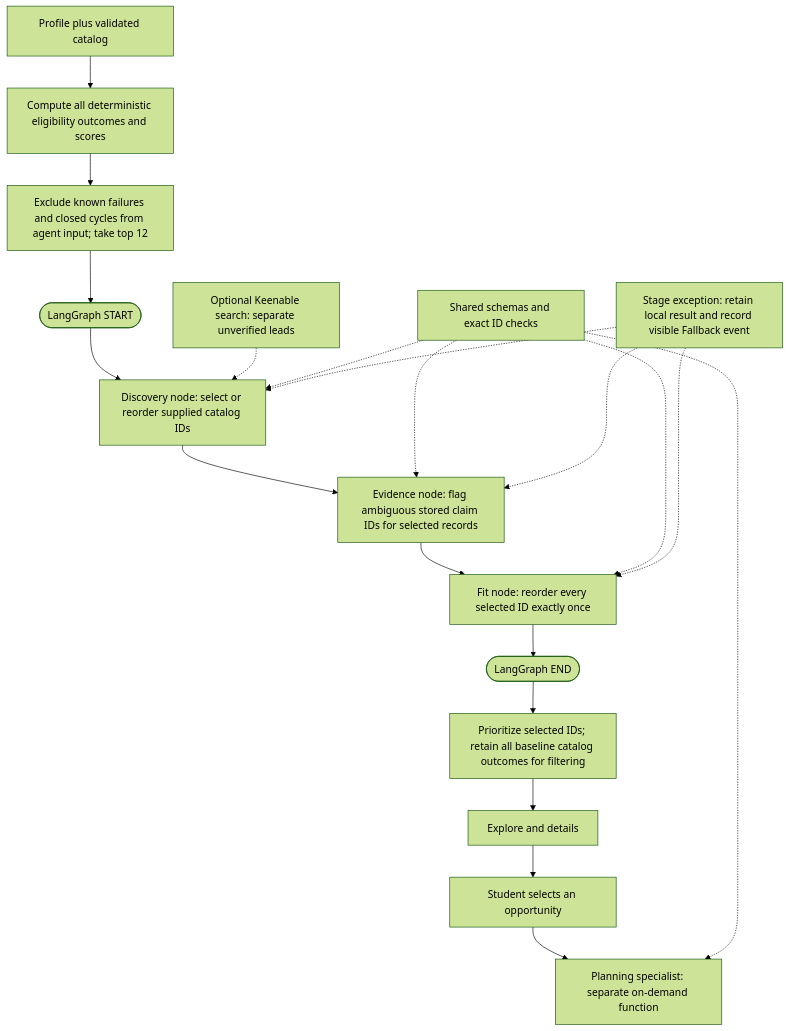
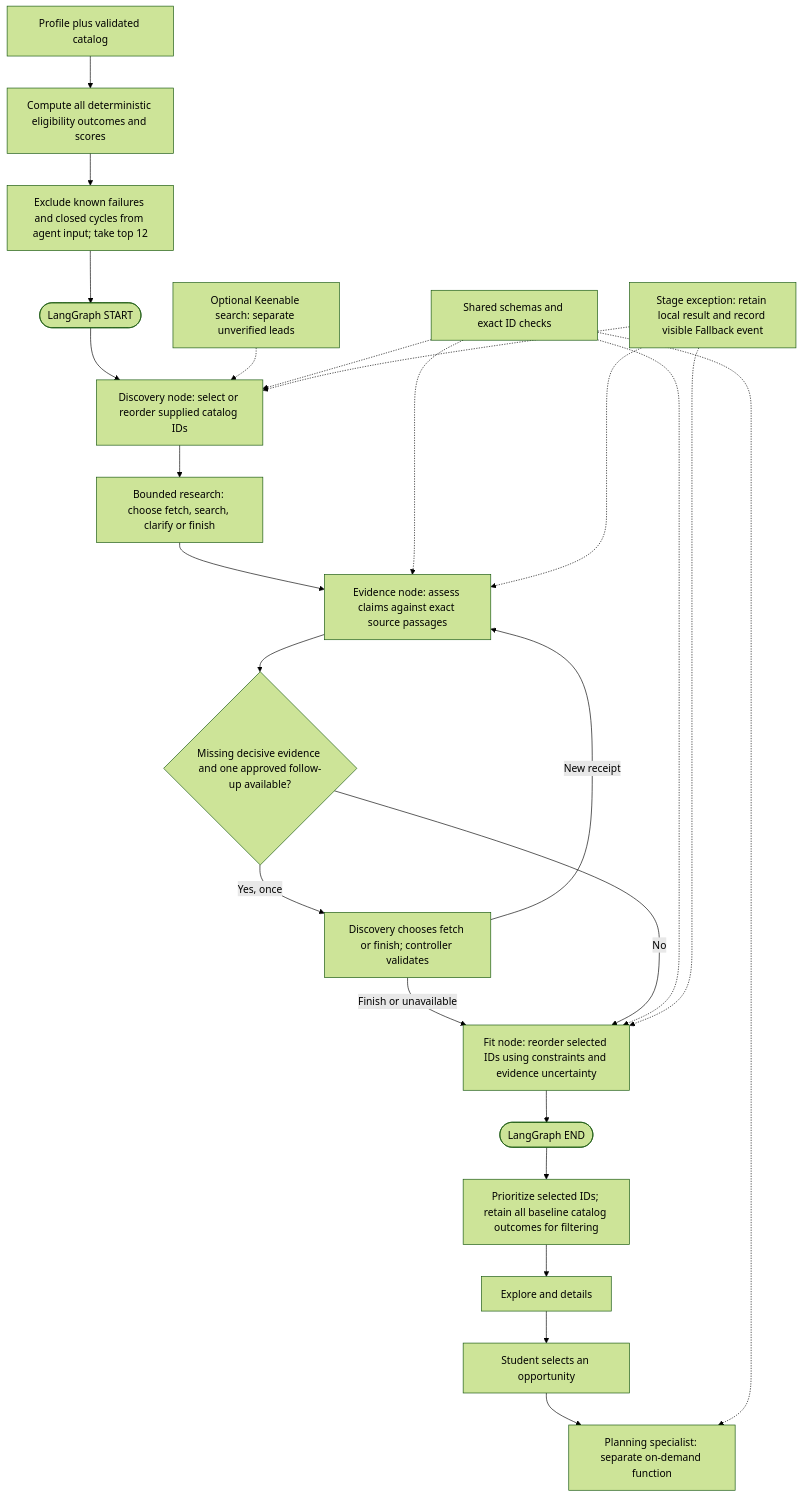
One commit to vineelad/equalstart changed the diagram in docs/diagrams/03-matching-graph-and-agent-handoffs.mmd. Above: the diagram before and after it, drawn with Mermaid (forest theme). The commit also changed 107 other files, not shown here.

Commit message:
Ground opportunity recommendations in bounded research and cited evidence

```diff
--- a/docs/diagrams/03-matching-graph-and-agent-handoffs.mmd
+++ b/docs/diagrams/03-matching-graph-and-agent-handoffs.mmd
@@ -1,20 +1,26 @@
 flowchart TD
     P[Profile plus validated catalog] --> R[Compute all deterministic eligibility outcomes and scores]
     R --> I[Exclude known failures and closed cycles from agent input; take top 12]
     I --> START([LangGraph START])
     START --> D[Discovery node: select or reorder supplied catalog IDs]
     KS[Optional Keenable search: separate unverified leads] -.-> D
-    D --> E[Evidence node: flag ambiguous stored claim IDs for selected records]
-    E --> F[Fit node: reorder every selected ID exactly once]
+    D --> RT[Bounded research: choose fetch, search, clarify or finish]
+    RT --> E[Evidence node: assess claims against exact source passages]
+    E --> Q{Missing decisive evidence and one approved follow-up available?}
+    Q -->|Yes, once| RF[Discovery chooses fetch or finish; controller validates]
+    RF -->|New receipt| E
+    RF -->|Finish or unavailable| F
+    Q -->|No| F
+    F[Fit node: reorder selected IDs using constraints and evidence uncertainty]
     F --> END([LangGraph END])
     END --> OUT[Prioritize selected IDs; retain all baseline catalog outcomes for filtering]
     OUT --> UI[Explore and details]
     UI --> SELECT[Student selects an opportunity]
     SELECT --> PLAN[Planning specialist: separate on-demand function]
     CONTRACT[Shared schemas and exact ID checks] -.-> D
     CONTRACT -.-> E
     CONTRACT -.-> F
     CONTRACT -.-> PLAN
     FB[Stage exception: retain local result and record visible Fallback event] -.-> D
     FB -.-> E
     FB -.-> F
```
